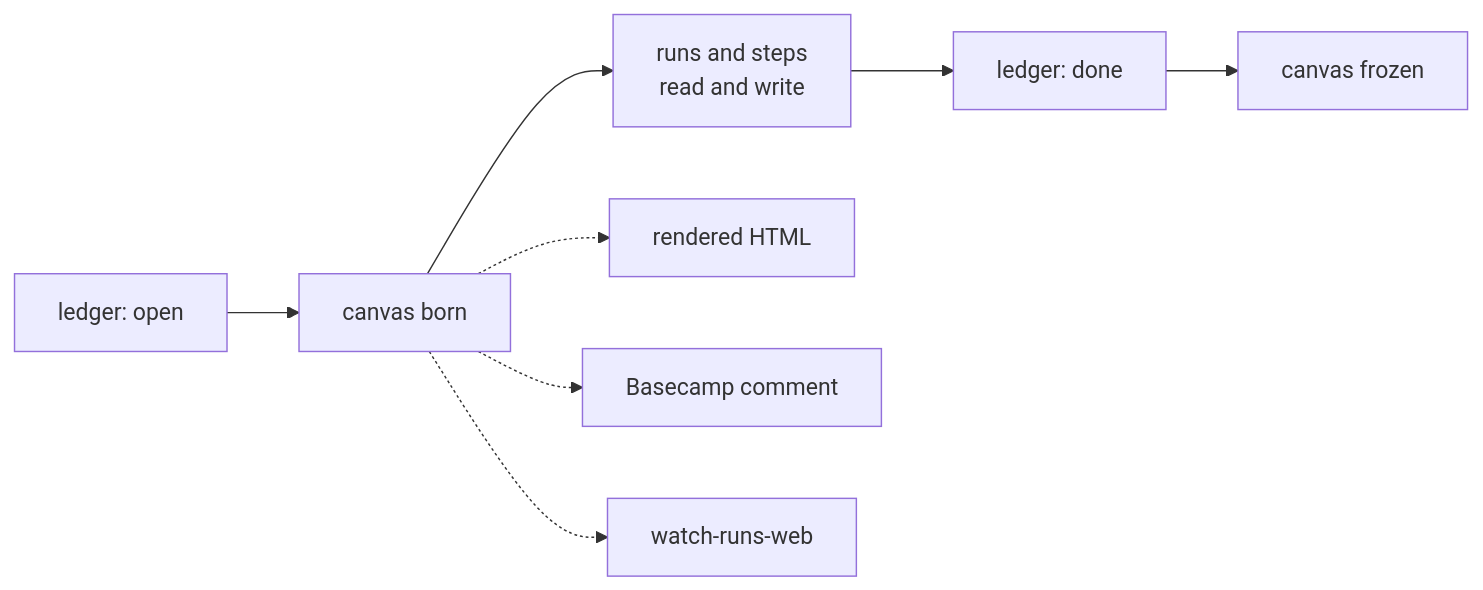
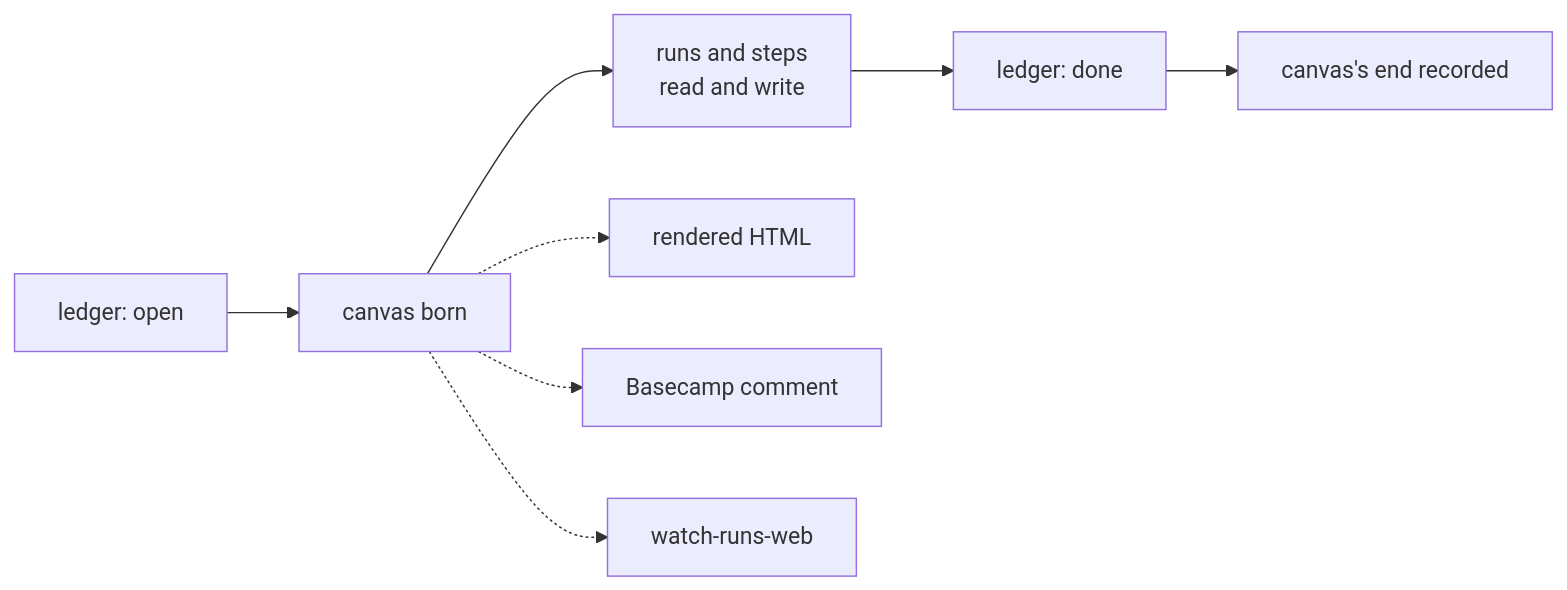
One commit to malkovro/canvas changed the diagram in product-spec.md. Above: the diagram before and after it, drawn with Mermaid. The commit also changed other lines of this file and 17 other files, not shown here.

````diff
--- a/product-spec.md
+++ b/product-spec.md
@@ -63,10 +63,10 @@
 ```mermaid
 flowchart LR
   O[ledger: open] --> C[canvas born]
   C --> R[runs and steps<br/>read and write]
   R --> D[ledger: done]
-  D --> F[canvas frozen]
+  D --> F[canvas's end recorded]
   C -.-> P1[rendered HTML]
   C -.-> P2[Basecamp comment]
   C -.-> P3[watch-runs-web]
 ```
````
